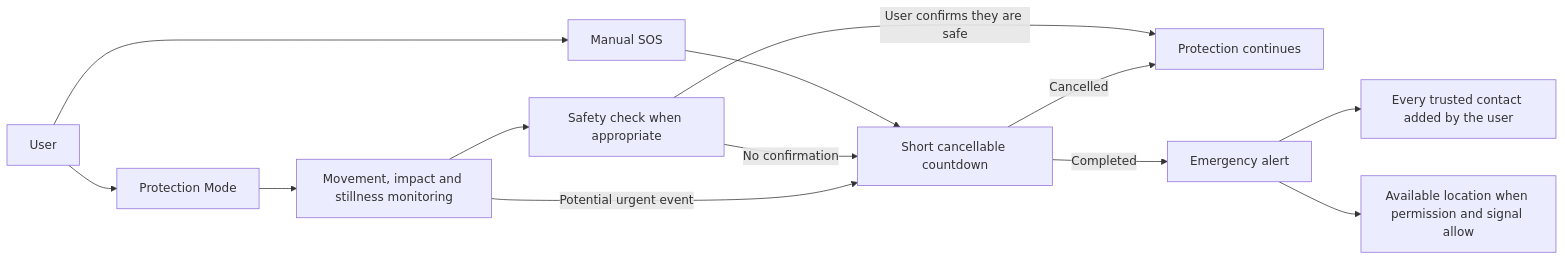
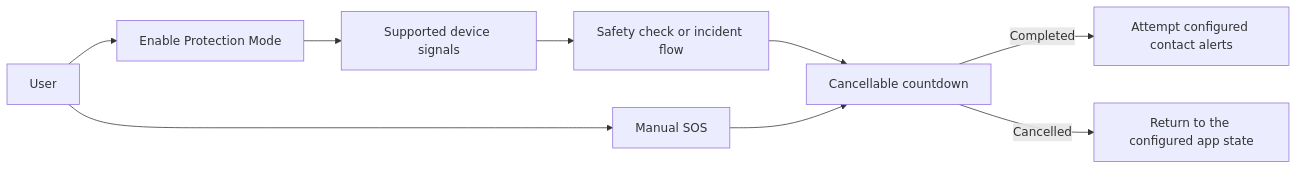
One commit to GarlyTeam/garly changed the diagram in docs/HOW_GARLY_WORKS.md. Above: the diagram before and after it, drawn with Mermaid. The commit also changed other lines of this file and 3 other files, not shown here.

````diff
--- a/docs/HOW_GARLY_WORKS.md
+++ b/docs/HOW_GARLY_WORKS.md
@@ -9,17 +11,11 @@
 ```mermaid
 flowchart LR
-    U["User"] --> M["Manual SOS"]
-    U --> P["Protection Mode"]
-
-    M --> C["Short cancellable countdown"]
-    P --> D["Movement, impact and stillness monitoring"]
-    D --> Q["Safety check when appropriate"]
-    Q -->|"User confirms they are safe"| R["Protection continues"]
-    Q -->|"No confirmation"| C
-    D -->|"Potential urgent event"| C
-
-    C -->|"Cancelled"| R
-    C -->|"Completed"| A["Emergency alert"]
-    A --> T["Every trusted contact added by the user"]
-    A --> L["Available location when permission and signal allow"]
+    U[User] --> M[Manual SOS]
+    U --> P[Enable Protection Mode]
+    P --> D[Supported device signals]
+    D --> Q[Safety check or incident flow]
+    Q --> C[Cancellable countdown]
+    M --> C
+    C -->|Completed| A[Attempt configured contact alerts]
+    C -->|Cancelled| R[Return to the configured app state]
 ```
````
